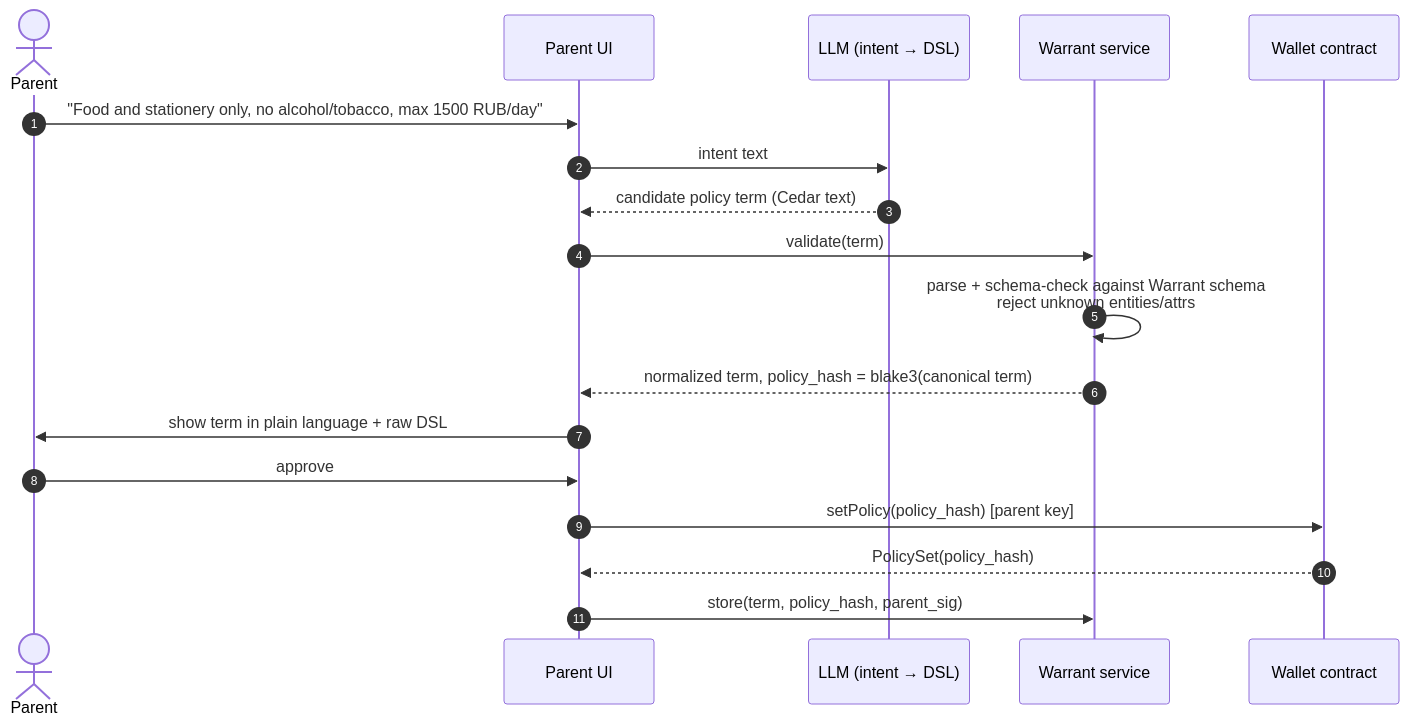
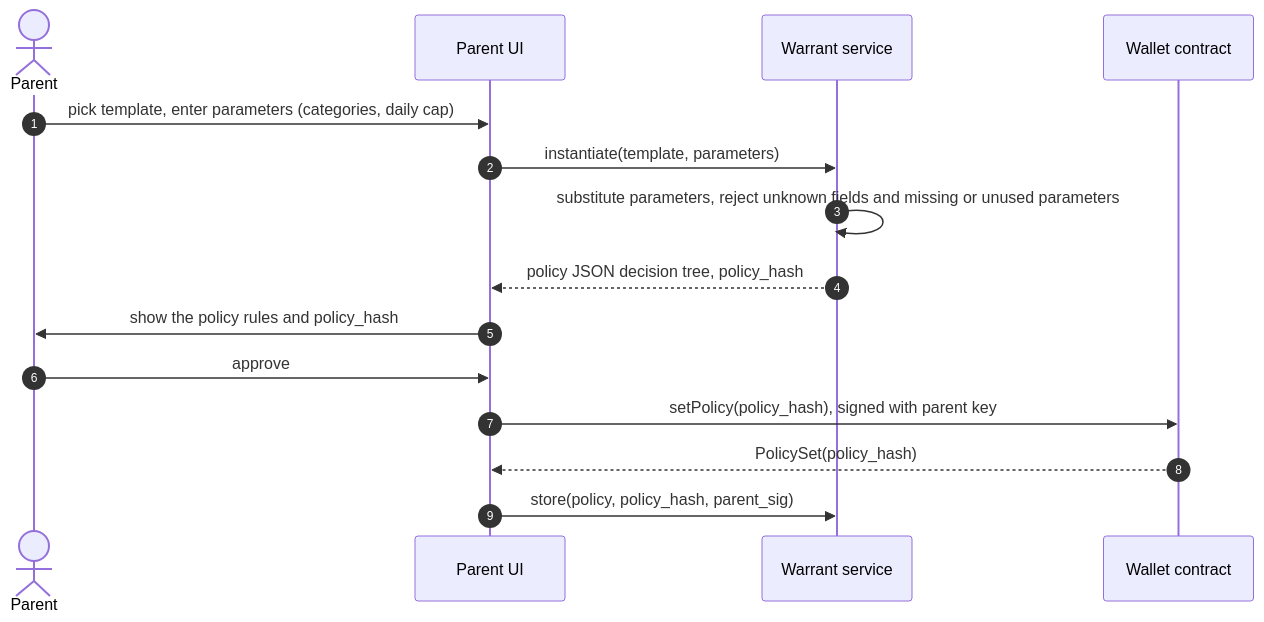
Before and after one commit to mnemonik-xyz/warrant: the second of 7 diagrams in tech-design.md, drawn with Mermaid. The commit also changed other lines of this file, not shown here.

First line of the commit message:
docs: tech-design describes the current release; fix diagrams; sealed A2A note (#5)

````diff
--- a/tech-design.md
+++ b/tech-design.md
@@ -94,21 +96,18 @@
 ```mermaid
 sequenceDiagram
   autonumber
   actor Parent
   participant UI as Parent UI
-  participant LLMi as LLM (intent → DSL)
   participant WS as Warrant service
   participant W as Wallet contract
 
-  Parent->>UI: "Food and stationery only, no alcohol/tobacco, max 1500 RUB/day"
-  UI->>LLMi: intent text
-  LLMi-->>UI: candidate policy term (Cedar text)
-  UI->>WS: validate(term)
-  WS->>WS: parse + schema-check against Warrant schema<br/>reject unknown entities/attrs
-  WS-->>UI: normalized term, policy_hash = blake3(canonical term)
-  UI->>Parent: show term in plain language + raw DSL
+  Parent->>UI: pick template, enter parameters (categories, daily cap)
+  UI->>WS: instantiate(template, parameters)
+  WS->>WS: substitute parameters, reject unknown fields and missing or unused parameters
+  WS-->>UI: policy JSON decision tree, policy_hash
+  UI->>Parent: show the policy rules and policy_hash
   Parent->>UI: approve
-  UI->>W: setPolicy(policy_hash)  [parent key]
+  UI->>W: setPolicy(policy_hash), signed with parent key
   W-->>UI: PolicySet(policy_hash)
-  UI->>WS: store(term, policy_hash, parent_sig)
+  UI->>WS: store(policy, policy_hash, parent_sig)
 ```
````
